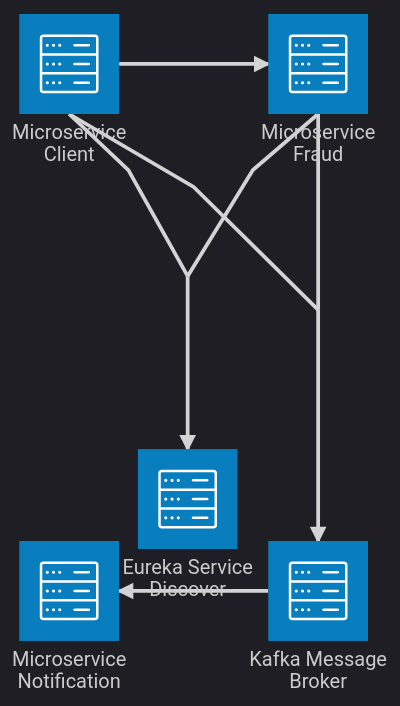
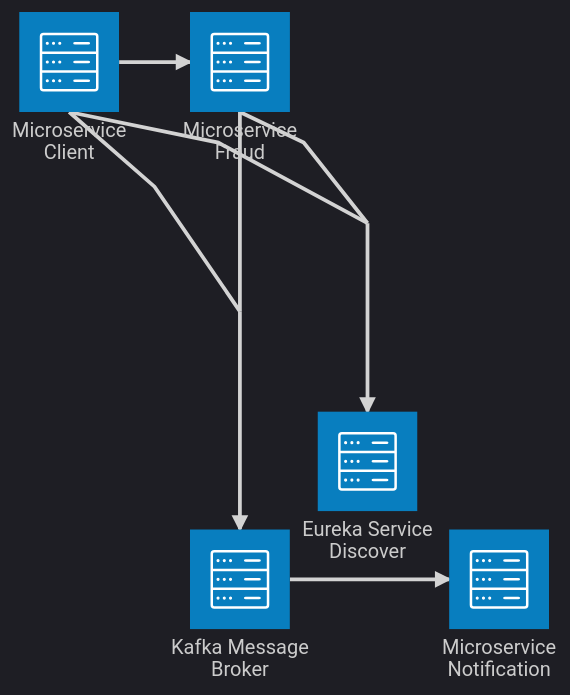
The third of 3 diagrams in README.md (gilberto-009199/practical-microservices), drawn with Mermaid before and after one commit.

````diff
--- a/README.md
+++ b/README.md
@@ -34,29 +34,29 @@
 ```mermaid
 ---
 config:
   theme: 'dark'
 ---
 architecture-beta
     service client_service(server)[Microservice Client]
     service fraud_service(server)[Microservice Fraud]
     service notification_service(server)[Microservice Notification]
 
     service eureka_server(server)[Eureka Service Discover]
     junction junction_eureka_server
 
     service kafka_message_broker(server)[Kafka Message Broker]
     junction junction_kafka_message_broker
 
 
     client_service:R --> L:fraud_service
 
     client_service:B -- T:junction_eureka_server
     fraud_service:B -- T:junction_eureka_server
     junction_eureka_server:B --> T:eureka_server
 
-    kafka_message_broker:L --> R:notification_service
+    kafka_message_broker:R --> L:notification_service
     client_service:B -- T:junction_kafka_message_broker
     fraud_service:B -- T:junction_kafka_message_broker
     junction_kafka_message_broker:B --> T:kafka_message_broker
     
 ```
````
